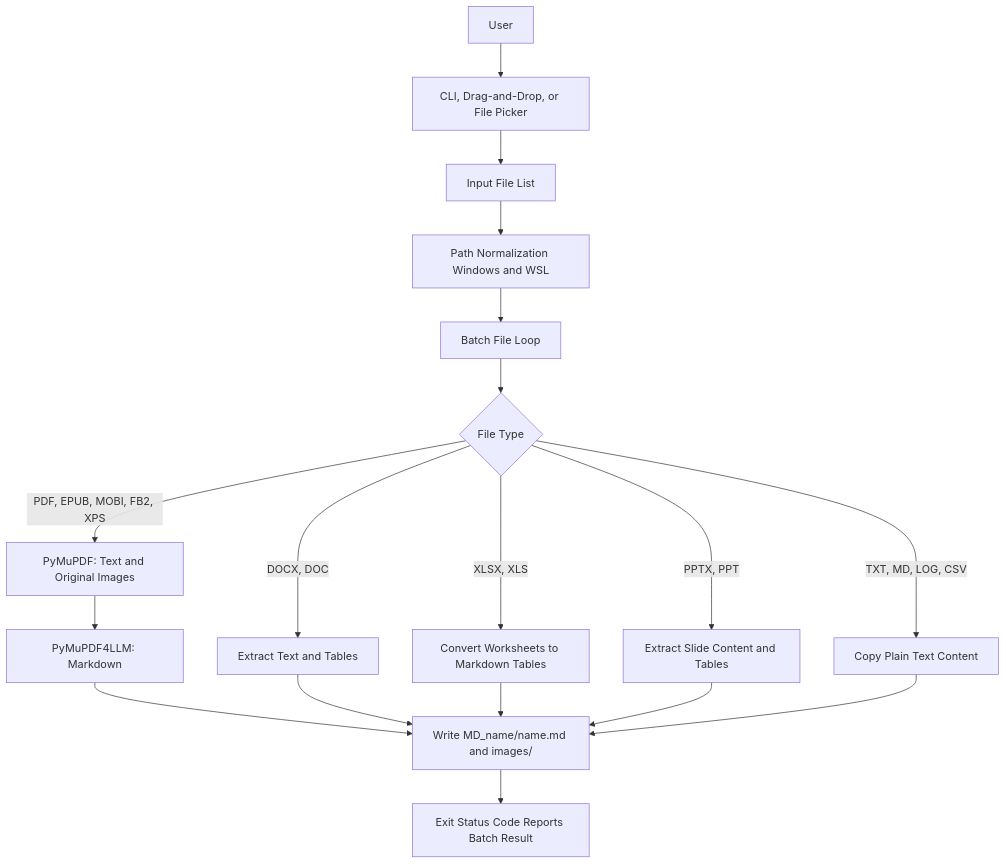
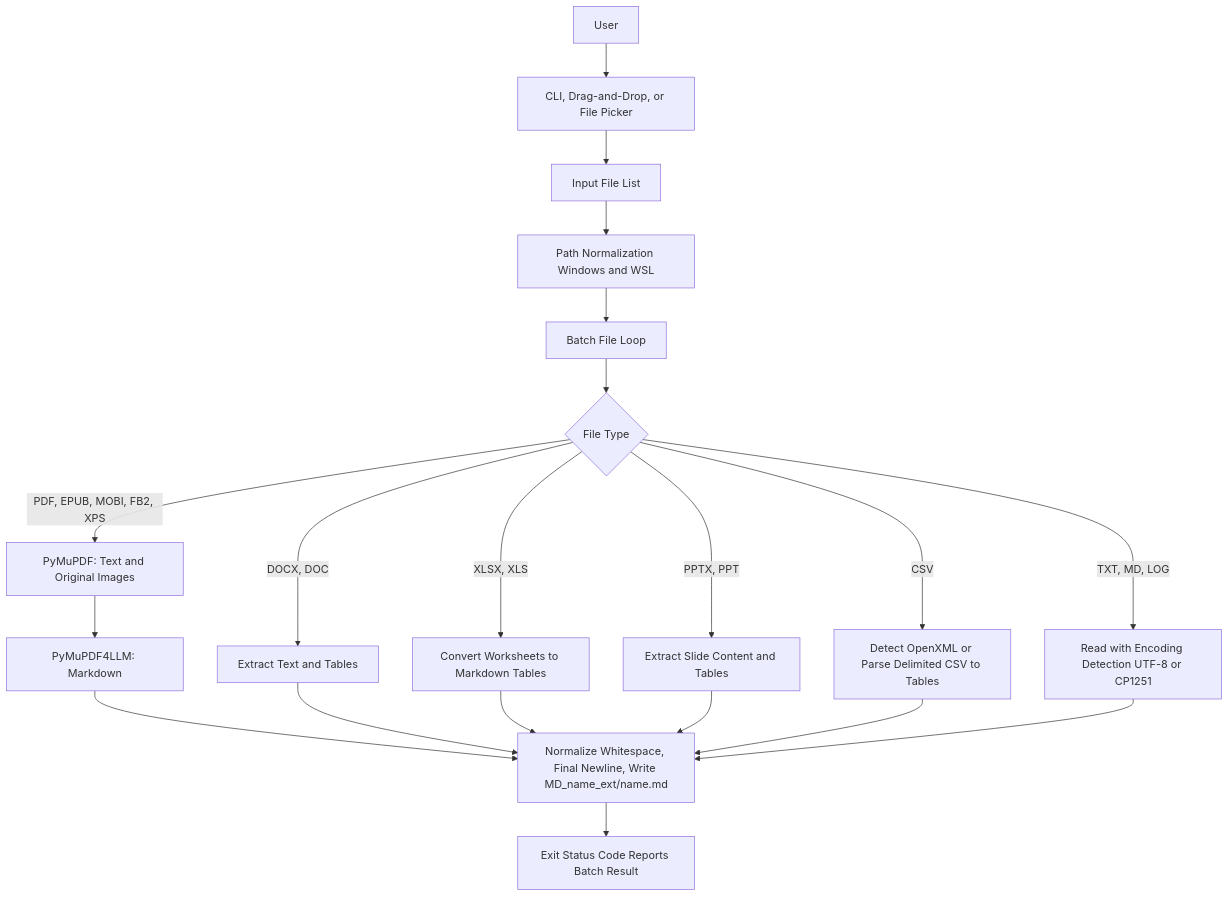
The diagram in technical.md (sergeypugin/hammerdown), drawn with Mermaid before and after one commit. The commit also changed other lines of this file and 2 other files, not shown here.

Commit message:
docs(technical): rename architecture to technical and update documentation references

````diff
--- a/technical.md
+++ b/technical.md
@@ -32,20 +34,22 @@
 ```mermaid
 flowchart TD
     U[User] --> CLI[CLI, Drag-and-Drop, or File Picker]
     CLI --> FILES[Input File List]
     FILES --> PATHS[Path Normalization Windows and WSL]
     PATHS --> LOOP[Batch File Loop]
     LOOP --> TYPE{File Type}
     TYPE -->|PDF, EPUB, MOBI, FB2, XPS| PDF[PyMuPDF: Text and Original Images]
     PDF --> MD[PyMuPDF4LLM: Markdown]
     TYPE -->|DOCX, DOC| DOCX[Extract Text and Tables]
     TYPE -->|XLSX, XLS| XLSX[Convert Worksheets to Markdown Tables]
     TYPE -->|PPTX, PPT| PPTX[Extract Slide Content and Tables]
-    TYPE -->|TXT, MD, LOG, CSV| COPY[Copy Plain Text Content]
-    MD --> OUTPUT[Write MD_name/name.md and images/]
+    TYPE -->|CSV| CSV[Detect OpenXML or Parse Delimited CSV to Tables]
+    TYPE -->|TXT, MD, LOG| TXT[Read with Encoding Detection UTF-8 or CP1251]
+    MD --> OUTPUT[Normalize Whitespace, Final Newline, Write MD_name_ext/name.md]
     DOCX --> OUTPUT
     XLSX --> OUTPUT
     PPTX --> OUTPUT
-    COPY --> OUTPUT
+    CSV --> OUTPUT
+    TXT --> OUTPUT
     OUTPUT --> RESULT[Exit Status Code Reports Batch Result]
 ```
````
